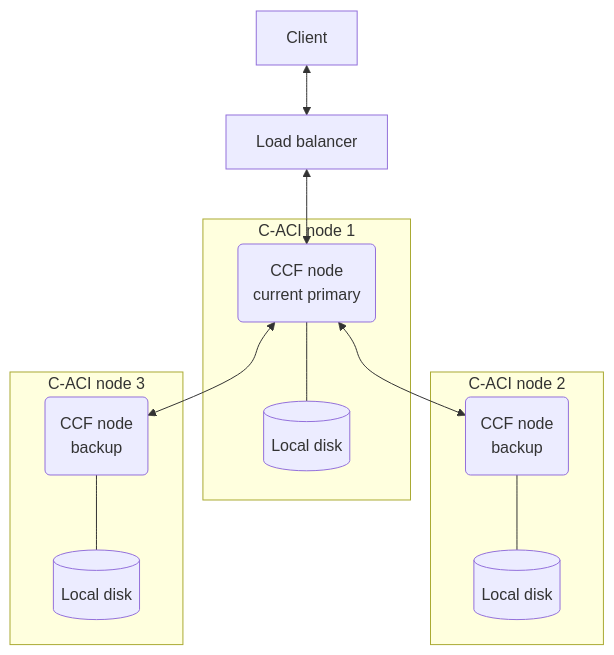
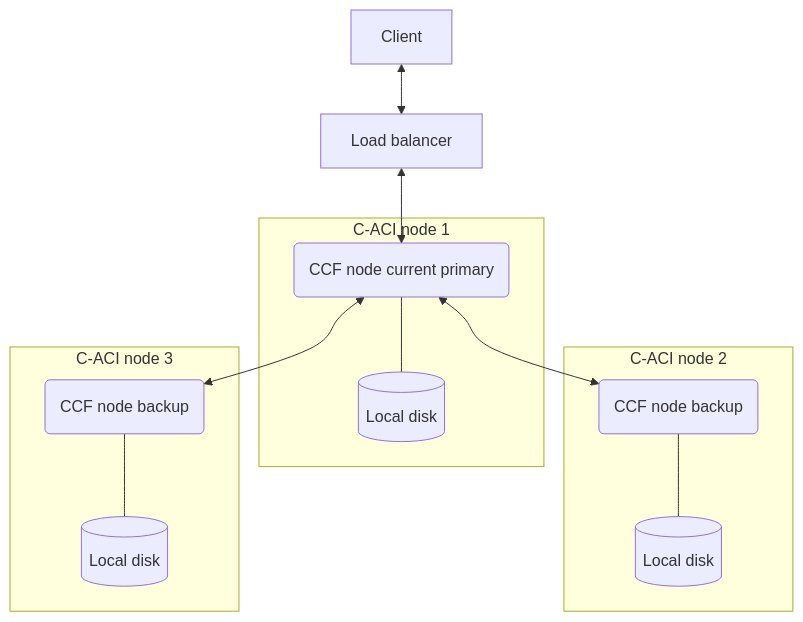
The first of 3 diagrams in doc/overview/threat_model.rst (microsoft/CCF), drawn with Mermaid before and after one commit. The commit also changed 10 other files, not shown here.

First line of the commit message:
Refine documentation icons and diagram presentation

```diff
--- a/doc/overview/threat_model.rst
+++ b/doc/overview/threat_model.rst
@@ -38,23 +38,23 @@
 .. mermaid::
 
     flowchart TB
         client["Client"]
         lb["Load balancer"]
         subgraph s1["C-ACI node 1"]
-            n1("CCF node<br/>current primary")
+            n1("CCF node current primary")
             d1[("Local disk")]
             n1 --- d1
         end
         subgraph s2["C-ACI node 2"]
-            n2("CCF node<br/>backup")
+            n2("CCF node backup")
             d2[("Local disk")]
             n2 --- d2
         end
         subgraph s3["C-ACI node 3"]
-            n3("CCF node<br/>backup")
+            n3("CCF node backup")
             d3[("Local disk")]
             n3 --- d3
         end
         client <--> lb
         lb <--> n1
         n1 <--> n2 & n3
```
